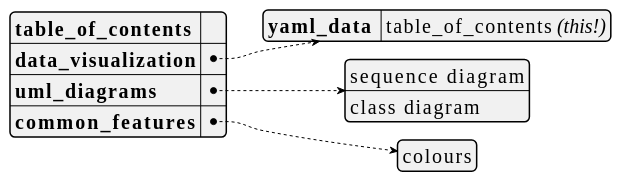
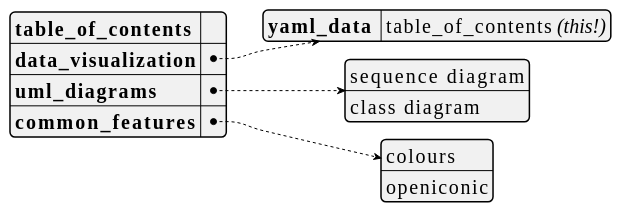
The first of 10 diagrams in plantuml_demo.md (dragondive/heavens-arena), drawn with PlantUML before and after one commit. The commit also changed other lines of this file, not shown here.

Commit message:
added demo: openiconic

````diff
--- a/plantuml_demo.md
+++ b/plantuml_demo.md
@@ -26,31 +26,32 @@
 ```plantuml
 @startyaml
 <style>
 yamlDiagram {
     node {
         ' use a constant width font because that's what developers do.
         FontName Consolas
         FontSize 20
     }
 }
 </style>
 
 /'TODO:
 It would be cool to hyperlink the entries in the table_of_contents to the
 respective section in the document. Not only would it further accentuate the
 [Medium Awareness](https://tvtropes.org/pmwiki/pmwiki.php/Main/MediumAwareness)
 of this yaml document, but also augment the
 [Anachronic Order](https://tvtropes.org/pmwiki/pmwiki.php/Main/AnachronicOrder)
 of the outer markdown document.
 '/
 
 **table_of_contents**: ""  /' workaround: empty string here to avoid dummy link '/
 data_visualization:
     yaml_data : table_of_contents //(this!)//
 uml_diagrams:
     - sequence diagram
     - class diagram
 common_features:
     - colours
+    - openiconic
 @endyaml
 ```
````
